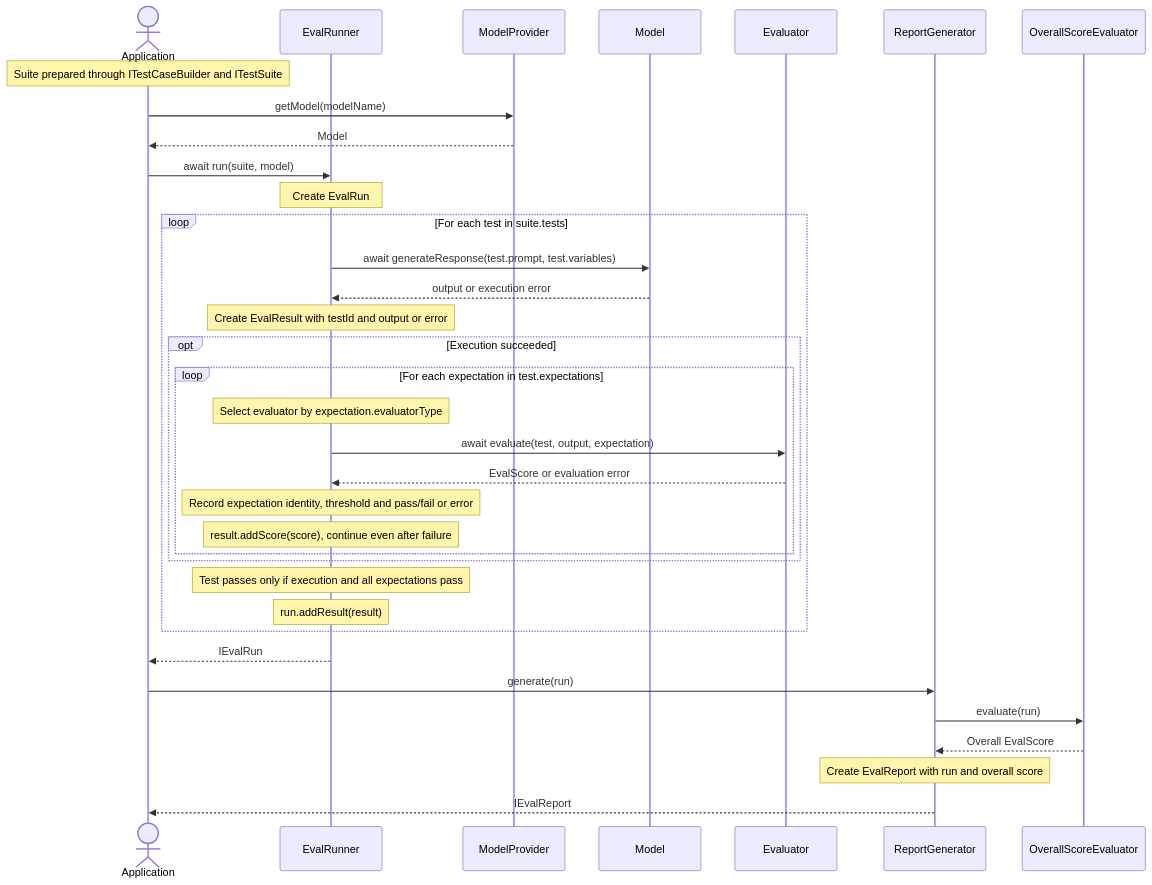
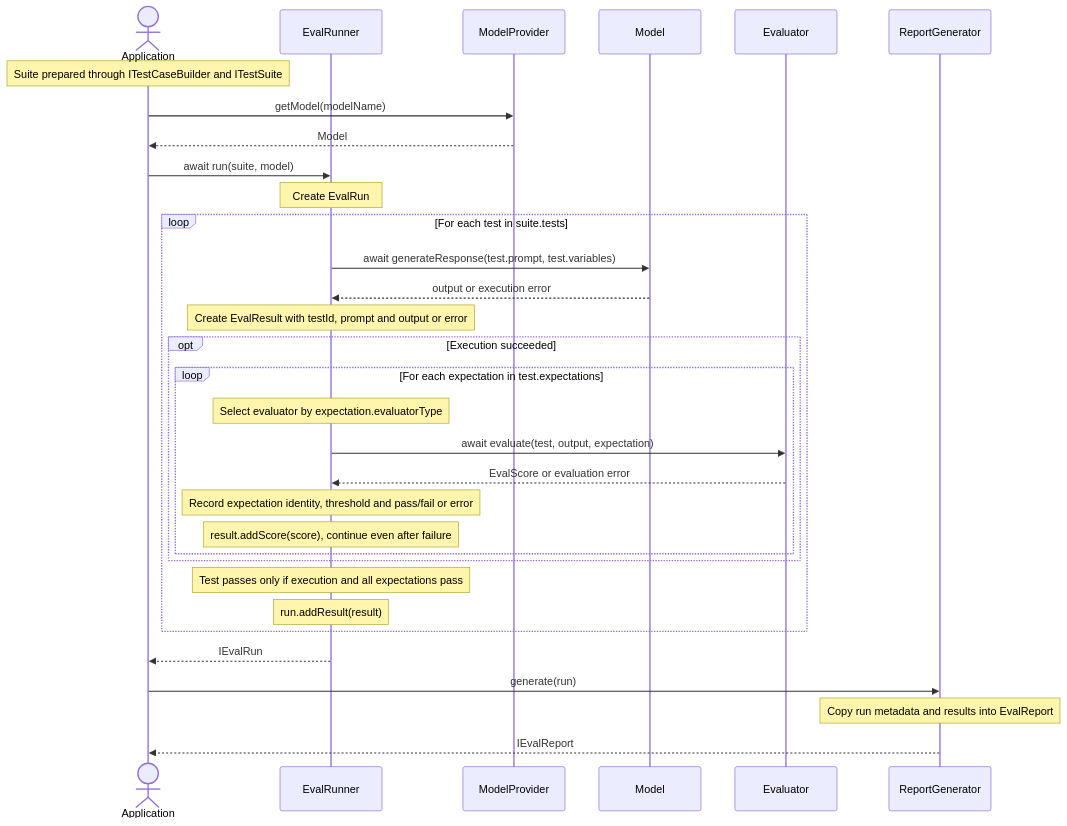
Before and after one commit to Alessia-05/smartest-ai-testbook: the second of 4 diagrams in doc/domain-design.md, drawn with Mermaid. The commit also changed other lines of this file and 7 other files, not shown here.

````diff
--- a/doc/domain-design.md
+++ b/doc/domain-design.md
@@ -209,38 +214,35 @@
 ```mermaid
 sequenceDiagram
     actor App as Application
     participant Runner as EvalRunner
     participant Provider as ModelProvider
     participant Model
     participant Evaluator
     participant Generator as ReportGenerator
-    participant Overall as OverallScoreEvaluator
 
     Note over App: Suite prepared through ITestCaseBuilder and ITestSuite
     App->>Provider: getModel(modelName)
     Provider-->>App: Model
     App->>Runner: await run(suite, model)
     Note over Runner: Create EvalRun
     loop For each test in suite.tests
         Runner->>Model: await generateResponse(test.prompt, test.variables)
         Model-->>Runner: output or execution error
-        Note over Runner: Create EvalResult with testId and output or error
+        Note over Runner: Create EvalResult with testId, prompt and output or error
         opt Execution succeeded
             loop For each expectation in test.expectations
                 Note over Runner: Select evaluator by expectation.evaluatorType
                 Runner->>Evaluator: await evaluate(test, output, expectation)
                 Evaluator-->>Runner: EvalScore or evaluation error
                 Note over Runner: Record expectation identity, threshold and pass/fail or error
                 Note over Runner: result.addScore(score), continue even after failure
             end
         end
         Note over Runner: Test passes only if execution and all expectations pass
         Note over Runner: run.addResult(result)
     end
     Runner-->>App: IEvalRun
     App->>Generator: generate(run)
-    Generator->>Overall: evaluate(run)
-    Overall-->>Generator: Overall EvalScore
-    Note over Generator: Create EvalReport with run and overall score
+    Note over Generator: Copy run metadata and results into EvalReport
     Generator-->>App: IEvalReport
 ```
````
